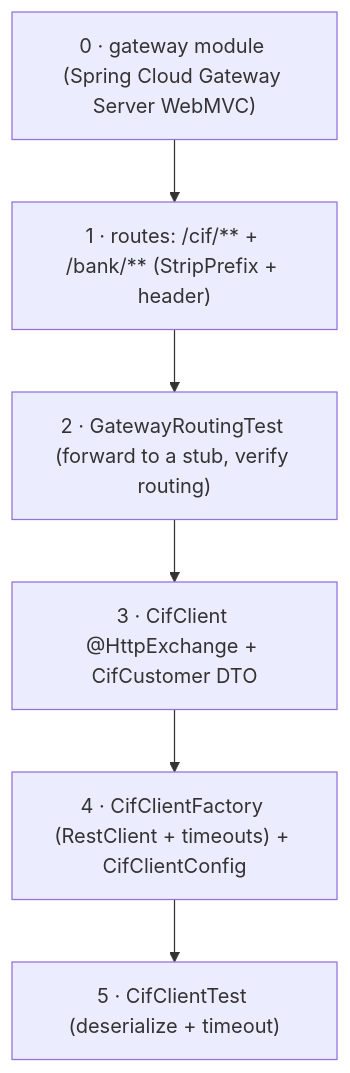
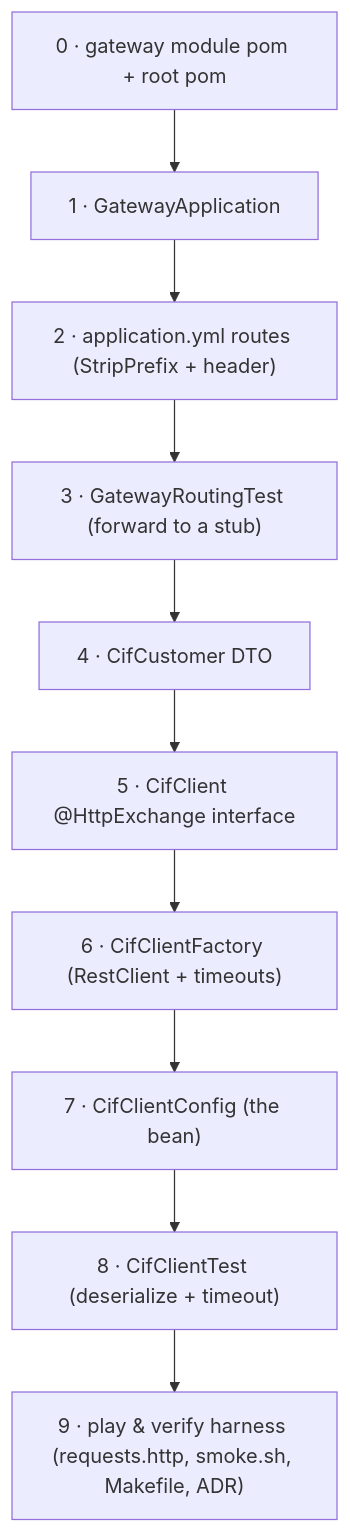
The third of 4 diagrams in steps/step-15/lesson.md (ramishtaha/build-a-bank), drawn with Mermaid before and after one commit. The commit also changed other lines of this file and 3 other files, not shown here.

````diff
--- a/steps/step-15/lesson.md
+++ b/steps/step-15/lesson.md
@@ -228,8 +221,12 @@
 ```mermaid
 flowchart TB
-    a["0 · gateway module (Spring Cloud Gateway Server WebMVC)"] --> b["1 · routes: /cif/** + /bank/** (StripPrefix + header)"]
-    b --> c["2 · GatewayRoutingTest (forward to a stub, verify routing)"]
-    c --> d["3 · CifClient @HttpExchange + CifCustomer DTO"]
-    d --> e["4 · CifClientFactory (RestClient + timeouts) + CifClientConfig"]
-    e --> f["5 · CifClientTest (deserialize + timeout)"]
+    a["0 · gateway module pom + root pom"] --> b["1 · GatewayApplication"]
+    b --> c["2 · application.yml routes (StripPrefix + header)"]
+    c --> d["3 · GatewayRoutingTest (forward to a stub)"]
+    d --> e["4 · CifCustomer DTO"]
+    e --> f["5 · CifClient @HttpExchange interface"]
+    f --> g["6 · CifClientFactory (RestClient + timeouts)"]
+    g --> h["7 · CifClientConfig (the bean)"]
+    h --> i["8 · CifClientTest (deserialize + timeout)"]
+    i --> j["9 · play & verify harness (requests.http, smoke.sh, Makefile, ADR)"]
 ```
````
